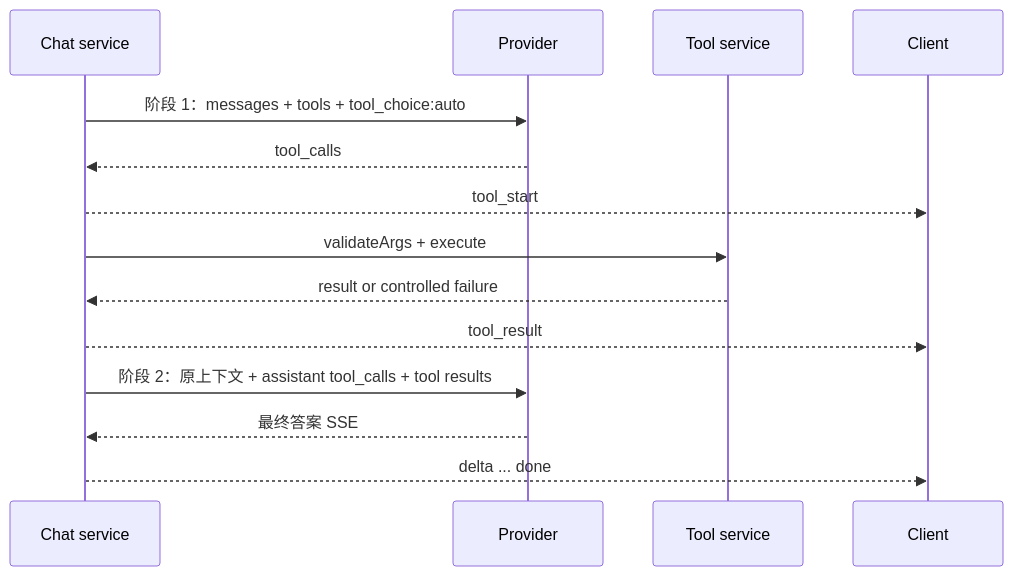
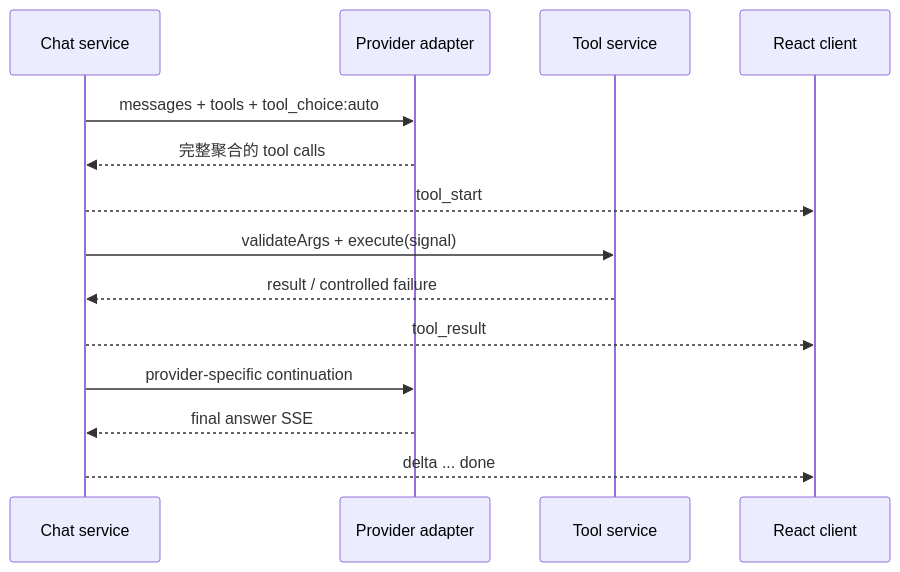
One commit to imingsmings/chatbot-dev changed the fourth of 5 diagrams in docs/architecture.md. Above: the diagram before and after it, drawn with Mermaid. The commit also changed other lines of this file and 187 other files, not shown here.

````diff
--- a/docs/architecture.md
+++ b/docs/architecture.md
@@ -104,17 +142,17 @@
 ```mermaid
 sequenceDiagram
   participant S as Chat service
-  participant P as Provider
+  participant P as Provider adapter
   participant T as Tool service
-  participant C as Client
+  participant C as React client
 
-  S->>P: 阶段 1：messages + tools + tool_choice:auto
-  P-->>S: tool_calls
+  S->>P: messages + tools + tool_choice:auto
+  P-->>S: 完整聚合的 tool calls
   S-->>C: tool_start
-  S->>T: validateArgs + execute
-  T-->>S: result or controlled failure
+  S->>T: validateArgs + execute(signal)
+  T-->>S: result / controlled failure
   S-->>C: tool_result
-  S->>P: 阶段 2：原上下文 + assistant tool_calls + tool results
-  P-->>S: 最终答案 SSE
+  S->>P: provider-specific continuation
+  P-->>S: final answer SSE
   S-->>C: delta ... done
 ```
````
